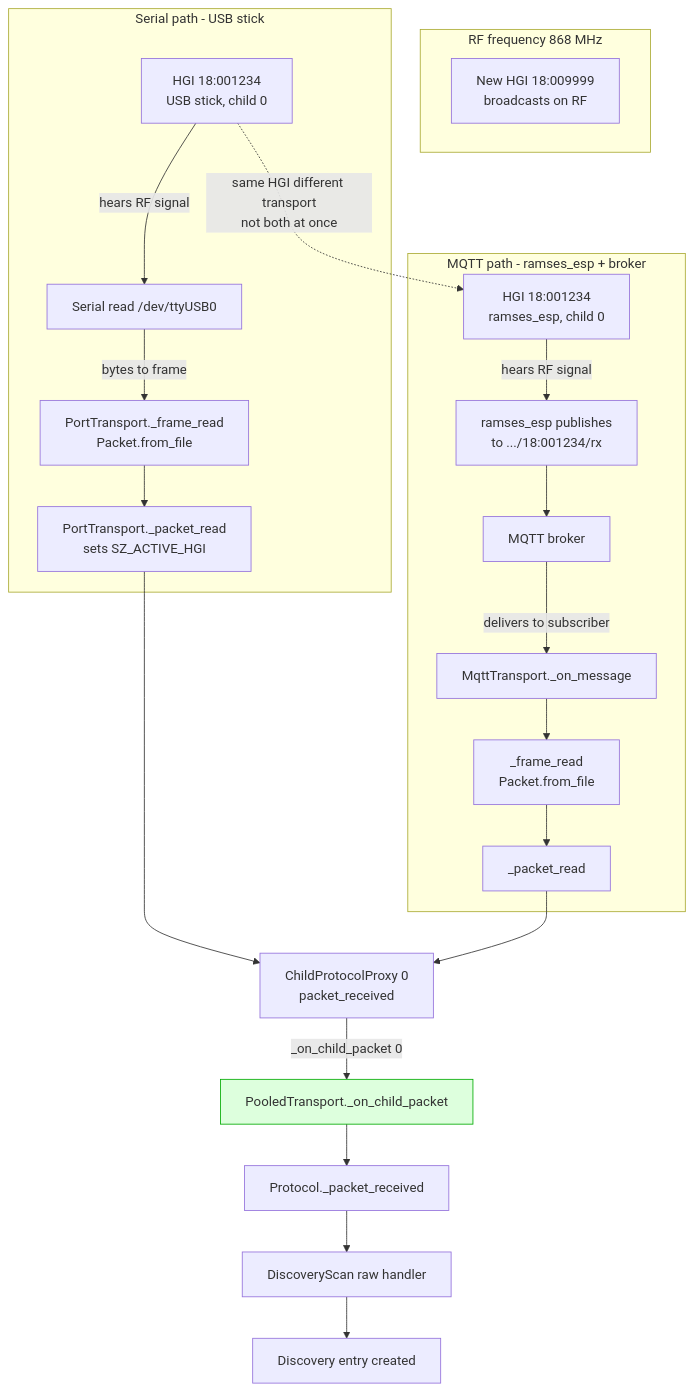
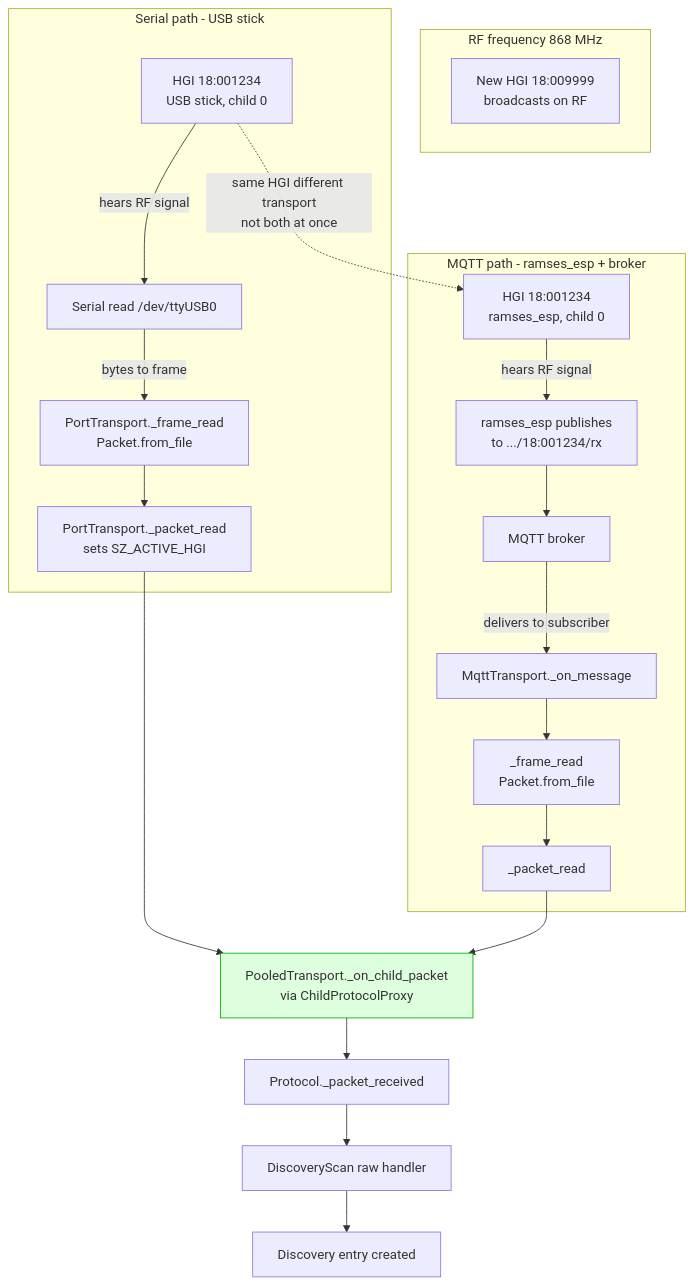
One commit to ramses-rf/ramses_cc changed the diagram in docs/diagrams/03b_transport_transparency.md. Above: the diagram before and after it, drawn with Mermaid. The commit also changed other lines of this file and 6 other files, not shown here.

First line of the commit message:
docs: update flow diagrams to reflect new plan architecture

````diff
--- a/docs/diagrams/03b_transport_transparency.md
+++ b/docs/diagrams/03b_transport_transparency.md
@@ -3,34 +3,33 @@
 ```mermaid
 flowchart TD
     subgraph RF["RF frequency 868 MHz"]
         NewHGI["New HGI 18:009999<br/>broadcasts on RF"]
     end
 
     subgraph SerialPath["Serial path - USB stick"]
         USB["HGI 18:001234<br/>USB stick, child 0"]
         USB -->|"hears RF signal"| SerialRx["Serial read /dev/ttyUSB0"]
         SerialRx -->|"bytes to frame"| PortFrame["PortTransport._frame_read<br/>Packet.from_file"]
         PortFrame --> PortPkt["PortTransport._packet_read<br/>sets SZ_ACTIVE_HGI"]
     end
 
     subgraph MqttPath["MQTT path - ramses_esp + broker"]
         ESP["HGI 18:001234<br/>ramses_esp, child 0"]
         ESP -->|"hears RF signal"| EspPub["ramses_esp publishes<br/>to .../18:001234/rx"]
         EspPub --> Broker["MQTT broker"]
         Broker -->|"delivers to subscriber"| MqttSub["MqttTransport._on_message"]
         MqttSub --> MqttFrame["_frame_read<br/>Packet.from_file"]
         MqttFrame --> MqttPkt["_packet_read"]
     end
 
     USB -.->|"same HGI different transport<br/>not both at once"| ESP
 
-    PortPkt --> Proxy["ChildProtocolProxy 0<br/>packet_received"]
-    MqttPkt --> Proxy
+    PortPkt --> Pool["PooledTransport._on_child_packet<br/>via ChildProtocolProxy"]
+    MqttPkt --> Pool
 
-    Proxy -->|"_on_child_packet 0"| Pool["PooledTransport._on_child_packet"]
     Pool --> Proto["Protocol._packet_received"]
     Proto --> Scan["DiscoveryScan raw handler"]
     Scan --> NewDev["Discovery entry created"]
 
     style Pool fill:#dfd,stroke:#0a0
 ```
````
